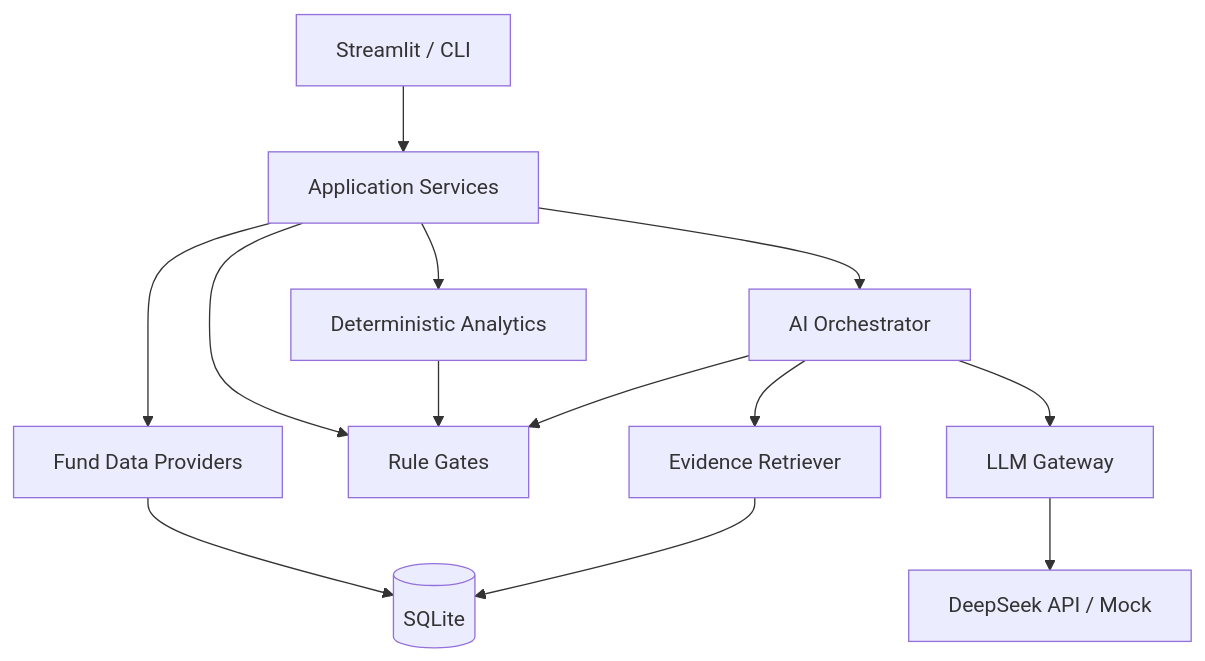
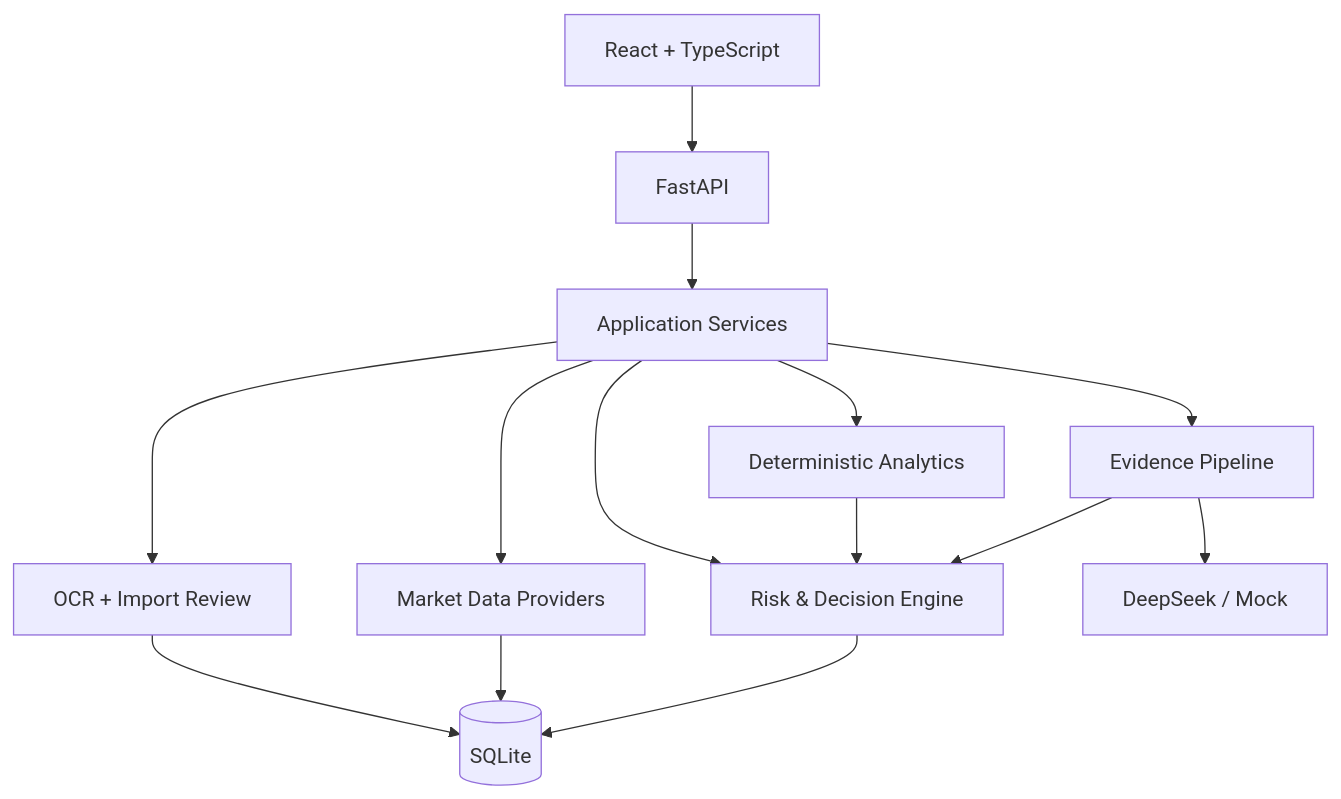
Before and after one commit to JadeeJacson/fund-research-assistant: the diagram in docs/ARCHITECTURE.md, drawn with Mermaid. The commit also changed other lines of this file and 14 other files, not shown here.

````diff
--- a/docs/ARCHITECTURE.md
+++ b/docs/ARCHITECTURE.md
@@ -5,15 +15,16 @@
 ```mermaid
 flowchart TD
-    UI[Streamlit / CLI] --> S[Application Services]
-    S --> P[Fund Data Providers]
-    S --> A[Deterministic Analytics]
-    S --> R[Rule Gates]
-    S --> O[AI Orchestrator]
-    O --> E[Evidence Retriever]
-    O --> G[LLM Gateway]
-    P --> DB[(SQLite)]
-    E --> DB
-    G --> DS[DeepSeek API / Mock]
-    A --> R
-    O --> R
+    UI["React + TypeScript"] --> API["FastAPI"]
+    API --> APP["Application Services"]
+    APP --> OCR["OCR + Import Review"]
+    APP --> DATA["Market Data Providers"]
+    APP --> ANA["Deterministic Analytics"]
+    APP --> RULE["Risk & Decision Engine"]
+    APP --> EVID["Evidence Pipeline"]
+    EVID --> LLM["DeepSeek / Mock"]
+    OCR --> DB[(SQLite)]
+    DATA --> DB
+    ANA --> RULE
+    EVID --> RULE
+    RULE --> DB
 ```
````
